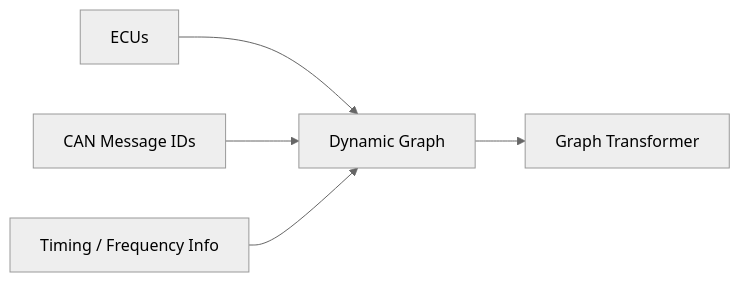
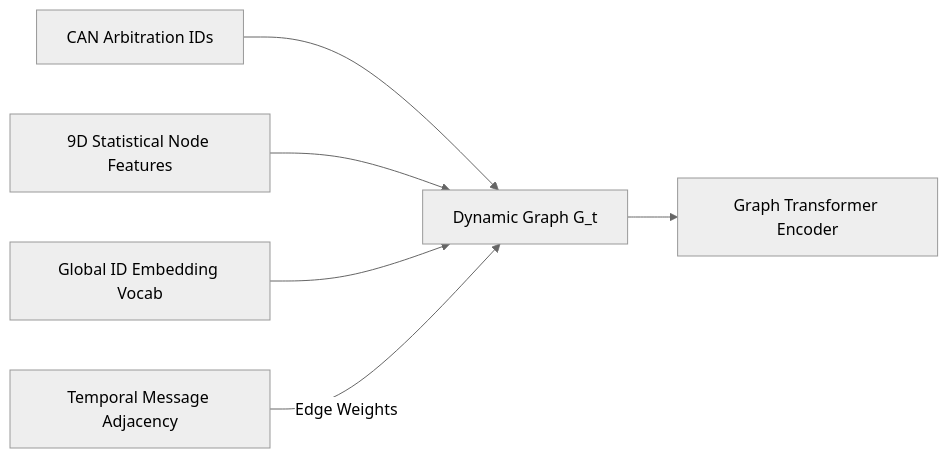
One commit to Etrlnx/pjt_1 changed the fourth of 7 diagrams in README.md. Above: the diagram before and after it, drawn with Mermaid (neutral theme). The commit also changed other lines of this file and 7 other files, not shown here.

Commit message:
Made changes to the graph transformer and the readme

````diff
--- a/README.md
+++ b/README.md
@@ -228,9 +240,10 @@
 ```mermaid
 flowchart LR
 
-A[ECUs] --> D[Dynamic Graph]
-B[CAN Message IDs] --> D
-C[Timing / Frequency Info] --> D
+A[CAN Arbitration IDs] --> D[Dynamic Graph G_t]
+B[9D Statistical Node Features] --> D
+C[Global ID Embedding Vocab] --> D
+E[Temporal Message Adjacency] -->|Edge Weights| D
 
-D --> E[Graph Transformer]
+D --> F[Graph Transformer Encoder]
 ```
````
